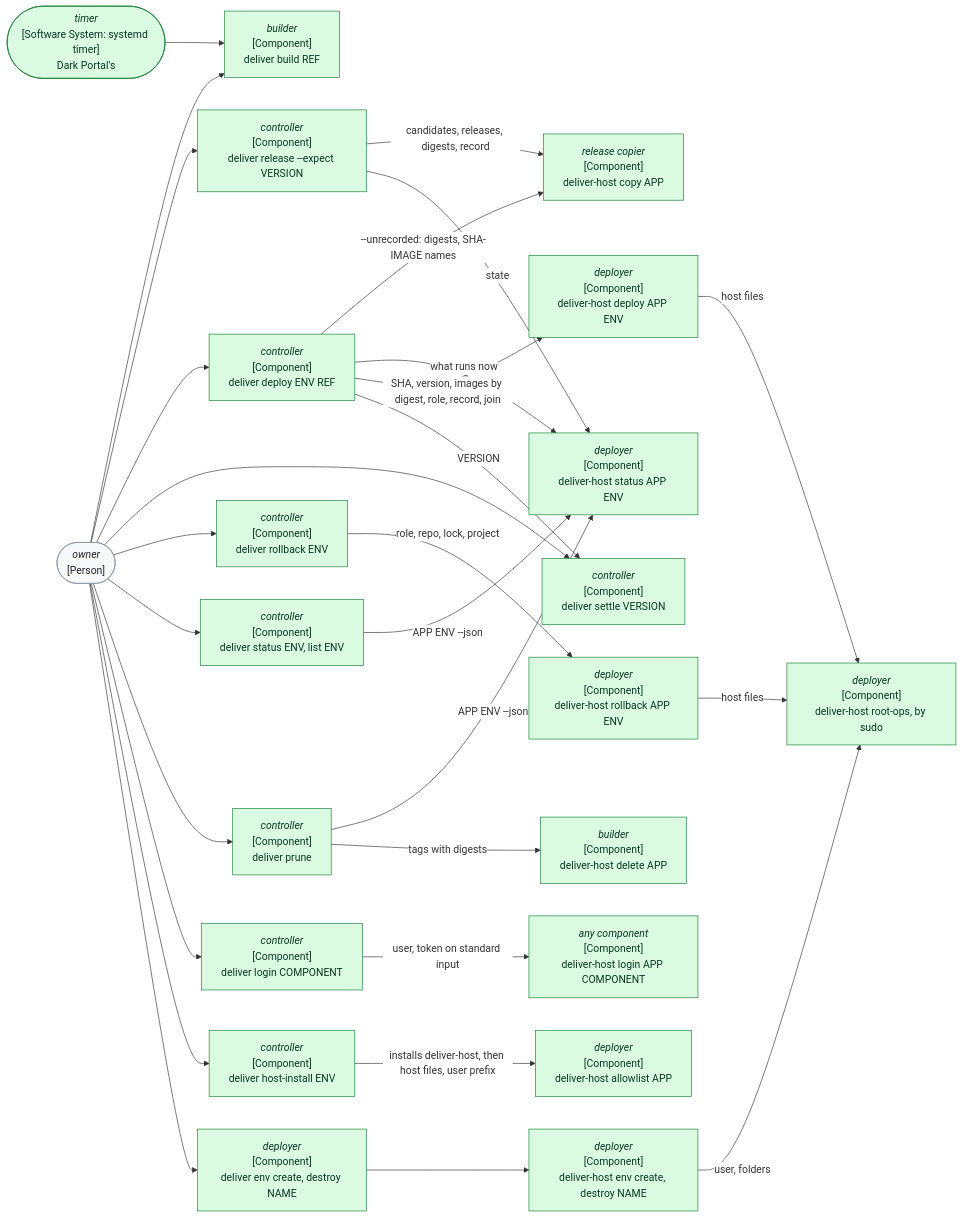
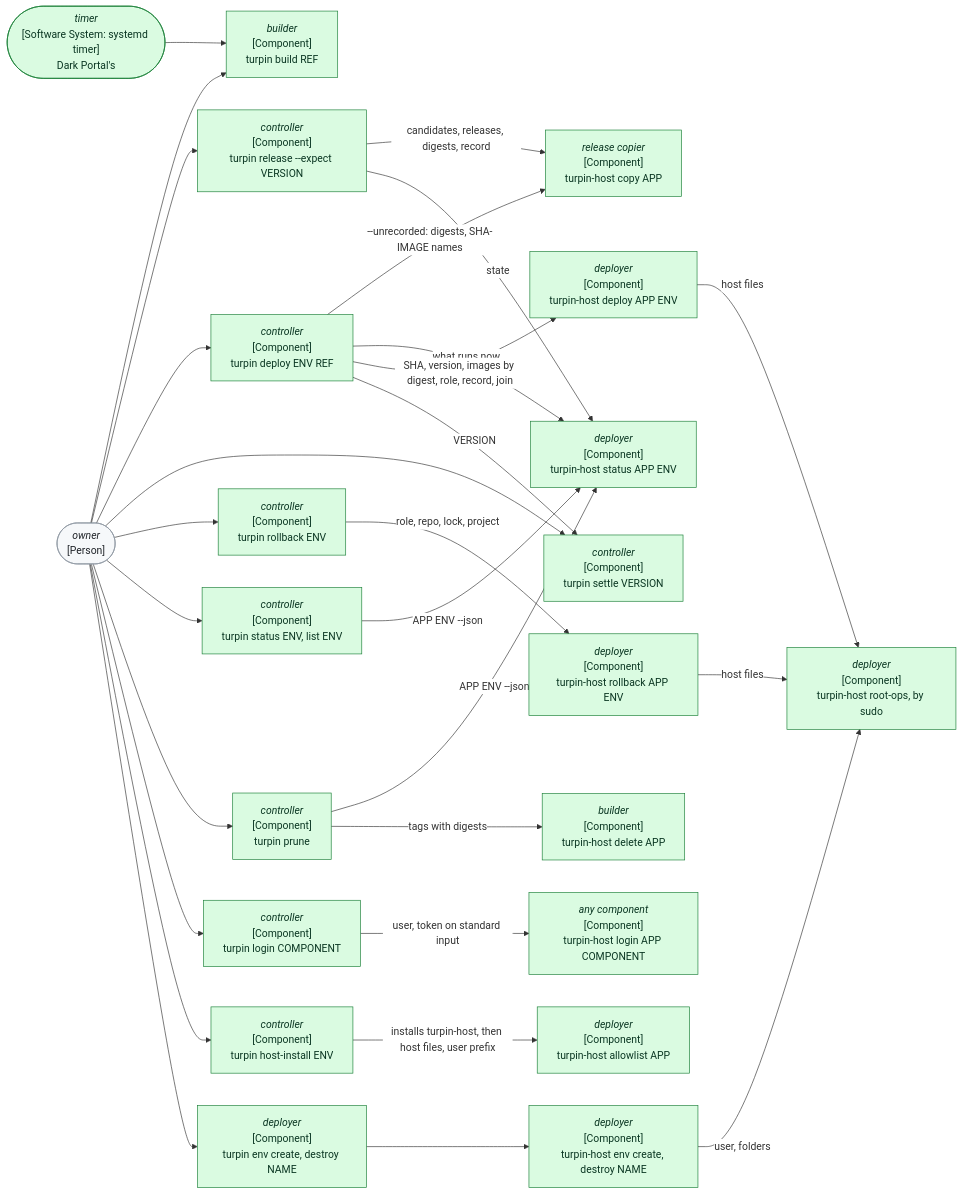
One commit to delphside/programme changed the fifth of 7 diagrams in records/2.5-changes/programme-tooling/117-generic-deliver-tool/design.md. Above: the diagram before and after it, drawn with Mermaid. The commit also changed other lines of this file and 38 other files, not shown here.

First line of the commit message:
Change 117: rename the deliver tool to Turpin

````diff
--- a/records/2.5-changes/programme-tooling/117-generic-deliver-tool/design.md
+++ b/records/2.5-changes/programme-tooling/117-generic-deliver-tool/design.md
@@ -575,57 +575,57 @@
 ```mermaid
 %%{init: {"themeVariables": {"clusterBkg": "#ffffff", "clusterBorder": "#8c959f", "edgeLabelBackground": "#ffffff"}}}%%
 flowchart LR
   OWN(["<i>owner</i><br>[Person]"])
   TIMER(["<i>timer</i><br>[Software System: systemd timer]<br>Dark Portal's"])
-  BUILD["<i>builder</i><br>[Component]<br>deliver build REF"]
-  REL["<i>controller</i><br>[Component]<br>deliver release --expect VERSION"]
-  DEP["<i>controller</i><br>[Component]<br>deliver deploy ENV REF"]
-  SET["<i>controller</i><br>[Component]<br>deliver settle VERSION"]
-  RB["<i>controller</i><br>[Component]<br>deliver rollback ENV"]
-  READ["<i>controller</i><br>[Component]<br>deliver status ENV, list ENV"]
-  PR["<i>controller</i><br>[Component]<br>deliver prune"]
-  LG["<i>controller</i><br>[Component]<br>deliver login COMPONENT"]
-  HI["<i>controller</i><br>[Component]<br>deliver host-install ENV"]
-  ENV["<i>deployer</i><br>[Component]<br>deliver env create, destroy NAME"]
-  COPY["<i>release copier</i><br>[Component]<br>deliver-host copy APP"]
-  BDEL["<i>builder</i><br>[Component]<br>deliver-host delete APP"]
-  HLG["<i>any component</i><br>[Component]<br>deliver-host login APP COMPONENT"]
-  HST["<i>deployer</i><br>[Component]<br>deliver-host status APP ENV"]
-  HDEP["<i>deployer</i><br>[Component]<br>deliver-host deploy APP ENV"]
-  HRB["<i>deployer</i><br>[Component]<br>deliver-host rollback APP ENV"]
-  AL["<i>deployer</i><br>[Component]<br>deliver-host allowlist APP"]
-  HENV["<i>deployer</i><br>[Component]<br>deliver-host env create, destroy NAME"]
-  ROOT["<i>deployer</i><br>[Component]<br>deliver-host root-ops, by sudo"]
+  BUILD["<i>builder</i><br>[Component]<br>turpin build REF"]
+  REL["<i>controller</i><br>[Component]<br>turpin release --expect VERSION"]
+  DEP["<i>controller</i><br>[Component]<br>turpin deploy ENV REF"]
+  SET["<i>controller</i><br>[Component]<br>turpin settle VERSION"]
+  RB["<i>controller</i><br>[Component]<br>turpin rollback ENV"]
+  READ["<i>controller</i><br>[Component]<br>turpin status ENV, list ENV"]
+  PR["<i>controller</i><br>[Component]<br>turpin prune"]
+  LG["<i>controller</i><br>[Component]<br>turpin login COMPONENT"]
+  HI["<i>controller</i><br>[Component]<br>turpin host-install ENV"]
+  ENV["<i>deployer</i><br>[Component]<br>turpin env create, destroy NAME"]
+  COPY["<i>release copier</i><br>[Component]<br>turpin-host copy APP"]
+  BDEL["<i>builder</i><br>[Component]<br>turpin-host delete APP"]
+  HLG["<i>any component</i><br>[Component]<br>turpin-host login APP COMPONENT"]
+  HST["<i>deployer</i><br>[Component]<br>turpin-host status APP ENV"]
+  HDEP["<i>deployer</i><br>[Component]<br>turpin-host deploy APP ENV"]
+  HRB["<i>deployer</i><br>[Component]<br>turpin-host rollback APP ENV"]
+  AL["<i>deployer</i><br>[Component]<br>turpin-host allowlist APP"]
+  HENV["<i>deployer</i><br>[Component]<br>turpin-host env create, destroy NAME"]
+  ROOT["<i>deployer</i><br>[Component]<br>turpin-host root-ops, by sudo"]
   TIMER --> BUILD
   OWN --> BUILD
   OWN --> REL
   OWN --> DEP
   OWN --> SET
   OWN --> RB
   OWN --> READ
   OWN --> PR
   OWN --> LG
   OWN --> HI
   OWN --> ENV
   REL -->|"candidates, releases, digests, record"| COPY
   DEP -->|"--unrecorded: digests, SHA-IMAGE names"| COPY
   REL -->|"state"| HST
   DEP -->|"what runs now"| HST
   DEP -->|"SHA, version, images by digest, role, record, join"| HDEP
   DEP -->|"VERSION"| SET
   RB -->|"role, repo, lock, project"| HRB
   READ -->|"APP ENV --json"| HST
   PR -->|"APP ENV --json"| HST
   PR -->|"tags with digests"| BDEL
   LG -->|"user, token on standard input"| HLG
-  HI -->|"installs deliver-host, then host files, user prefix"| AL
+  HI -->|"installs turpin-host, then host files, user prefix"| AL
   ENV --> HENV
   HDEP -->|"host files"| ROOT
   HRB -->|"host files"| ROOT
   HENV -->|"user, folders"| ROOT
   classDef unchanged    fill:#f6f8fa,stroke:#8c959f,color:#1f2328
   classDef new          fill:#dafbe1,stroke:#1a7f37,color:#0a3622
   classDef changed      fill:#fff8c5,stroke:#9a6700,color:#4d2d00
   class TIMER,BUILD,REL,DEP,SET,RB,READ,PR,LG,HI,ENV,COPY,BDEL,HLG,HST,HDEP,HRB,AL,HENV,ROOT new
   class OWN unchanged
 ```
````
